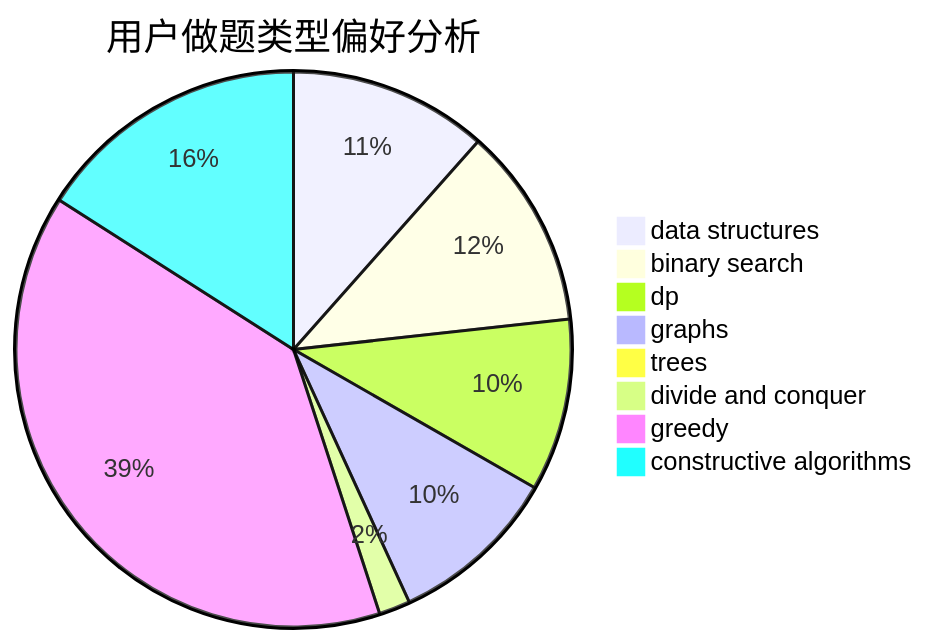
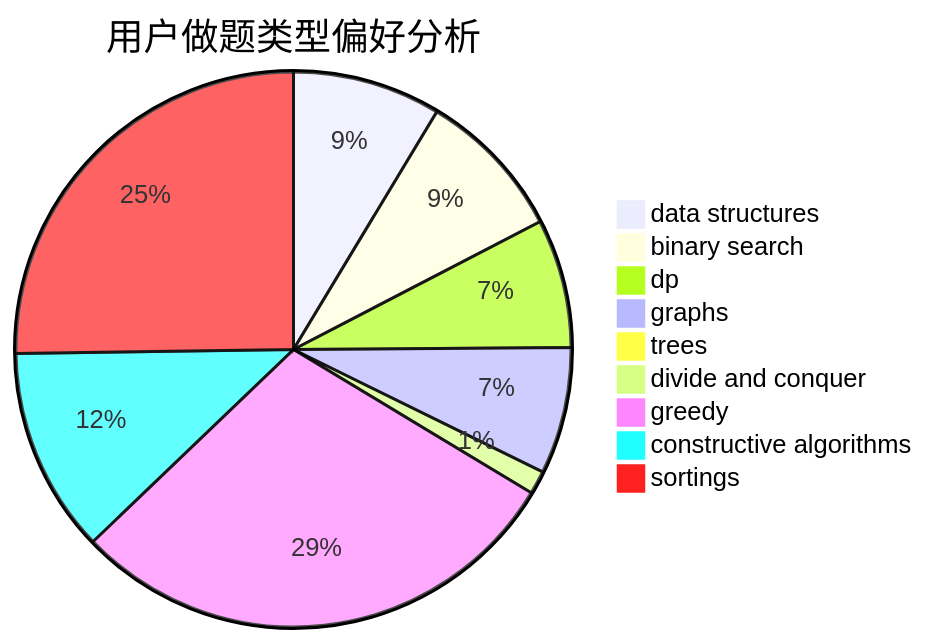
Before and after one commit to sherpahu/cfrs.github.io: the second of 3 diagrams in docs/user/u1907.md, drawn with Mermaid. The commit also changed other lines of this file and 2769 other files, not shown here.

````diff
--- a/docs/user/u1907.md
+++ b/docs/user/u1907.md
@@ -23,11 +18,12 @@
 ```mermaid
 pie title 用户做题类型偏好分析
     "data structures" :  76
     "binary search" :  77
     "dp" :  66
     "graphs" :  65
     "trees" :  3
     "divide and conquer" :  12
     "greedy" :  257
     "constructive algorithms" :  105
+    "sortings" :  222
 ```
````
